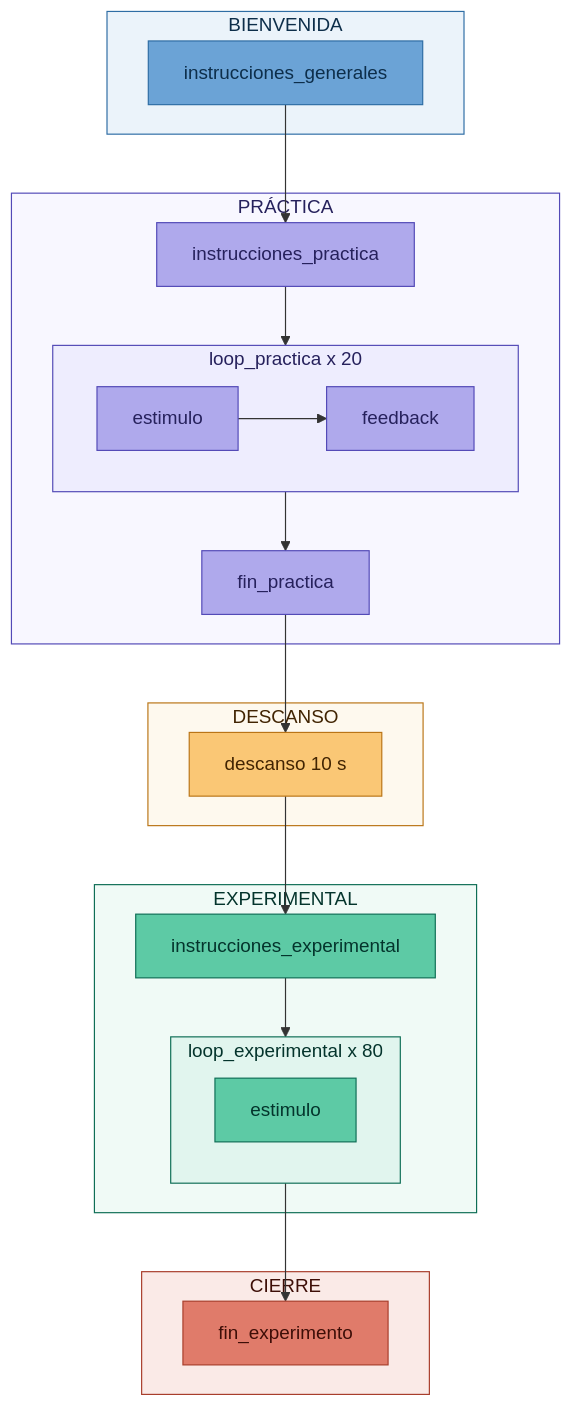
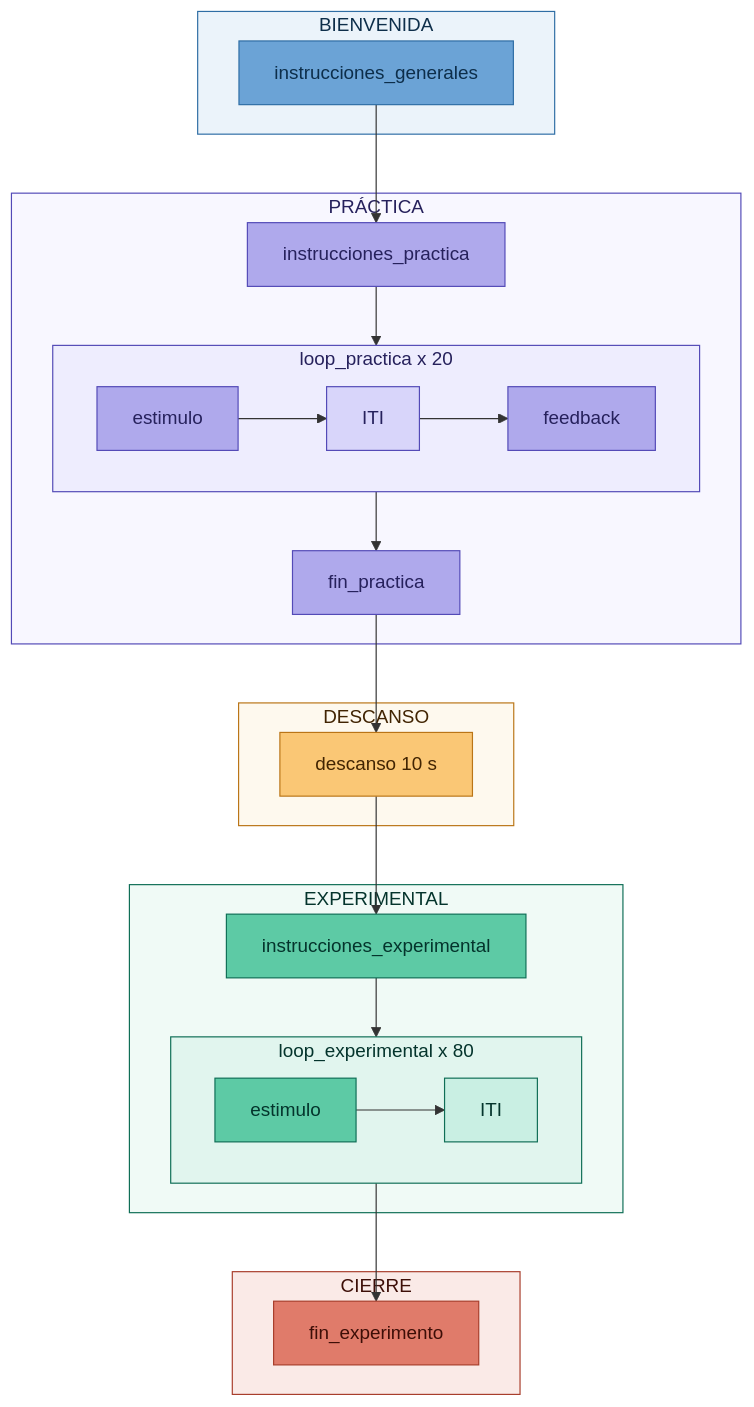
Before and after one commit to mlandaf/solucion_taller_4: the diagram in readme.md, drawn with Mermaid. The commit also changed 2 other files, not shown here.

Commit message:
cambios_Readme

````diff
--- a/readme.md
+++ b/readme.md
@@ -78,49 +78,58 @@
 ```mermaid
 flowchart TD
     subgraph SB[BIENVENIDA]
         A[instrucciones_generales]
     end
+
     subgraph SP[PRÁCTICA]
         B[instrucciones_practica]
         B --> LP
         subgraph LP["loop_practica x 20"]
-            P1[estimulo] --> P2[feedback]
+            P1[estimulo] --> PITI[ITI] --> P2[feedback]
         end
         LP --> C[fin_practica]
     end
+
     subgraph SD[DESCANSO]
         D[descanso 10 s]
     end
+
     subgraph SE[EXPERIMENTAL]
         E[instrucciones_experimental]
         E --> LE
         subgraph LE["loop_experimental x 80"]
-            E1[estimulo]
+            E1[estimulo] --> EITI[ITI]
         end
     end
+
     subgraph SC[CIERRE]
         F[fin_experimento]
     end
 
     A --> B
     C --> D
     D --> E
     LE --> F
 
     style A    fill:#6BA3D6,stroke:#2E6DA4,color:#0D2E4A
     style F    fill:#E07B6A,stroke:#A83D2B,color:#3D0E07
     style D    fill:#FAC775,stroke:#BA7517,color:#412402
+
     style B    fill:#AFA9EC,stroke:#534AB7,color:#26215C
     style C    fill:#AFA9EC,stroke:#534AB7,color:#26215C
     style P1   fill:#AFA9EC,stroke:#534AB7,color:#26215C
+    style PITI fill:#D8D5FA,stroke:#534AB7,color:#26215C
     style P2   fill:#AFA9EC,stroke:#534AB7,color:#26215C
     style LP   fill:#EEEDFE,stroke:#534AB7,color:#26215C
+
     style E    fill:#5DCAA5,stroke:#0F6E56,color:#04342C
     style E1   fill:#5DCAA5,stroke:#0F6E56,color:#04342C
+    style EITI fill:#C9EFE3,stroke:#0F6E56,color:#04342C
     style LE   fill:#E1F5EE,stroke:#0F6E56,color:#04342C
+
     style SB   fill:#EBF3FA,stroke:#2E6DA4,color:#0D2E4A
     style SP   fill:#F8F7FF,stroke:#534AB7,color:#26215C
     style SD   fill:#FEF9EE,stroke:#BA7517,color:#412402
     style SE   fill:#F0FAF6,stroke:#0F6E56,color:#04342C
     style SC   fill:#FAEAE7,stroke:#A83D2B,color:#3D0E07
 ```
````
